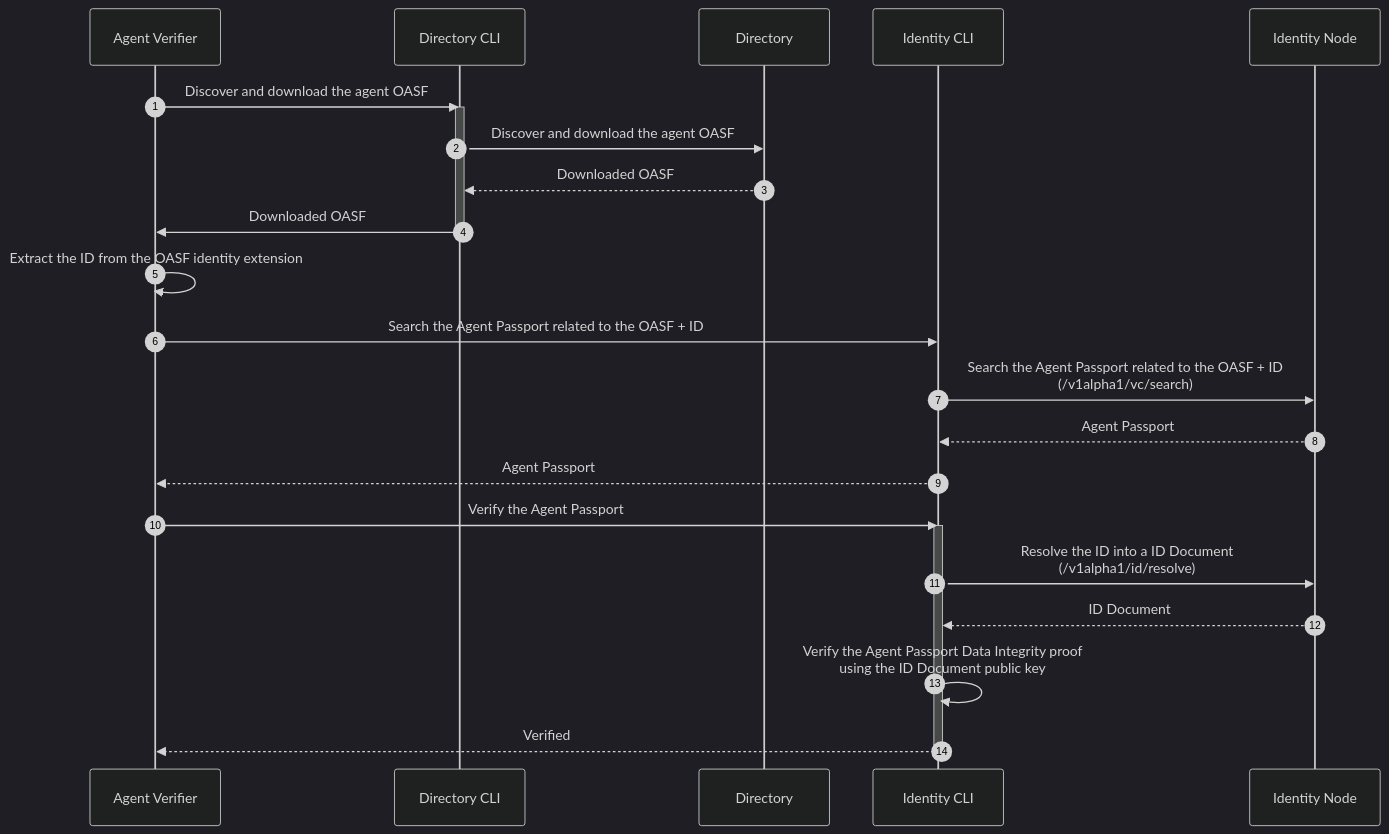
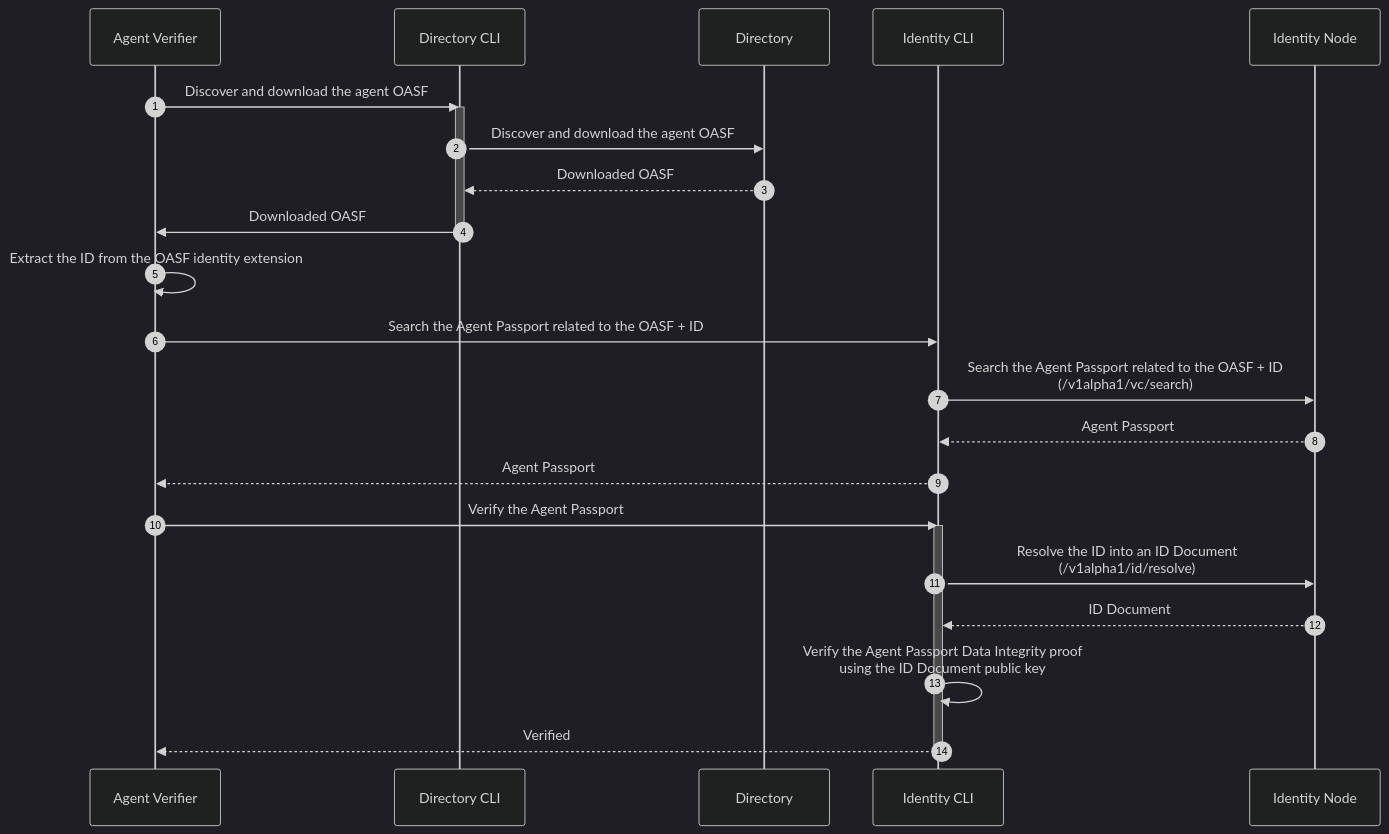
One commit to agntcy/identity-spec changed the fourth of 4 diagrams in docs-src/docs/specs/flows/agntcy.md. Above: the diagram before and after it, drawn with Mermaid (dark theme). The commit also changed other lines of this file, not shown here.

Commit message:
feat: updated create flow

````diff
--- a/docs-src/docs/specs/flows/agntcy.md
+++ b/docs-src/docs/specs/flows/agntcy.md
@@ -142,28 +178,28 @@
 ```mermaid
 sequenceDiagram
 autonumber
 
 % Discover + download the agent OASF
 Agent Verifier->>Directory CLI: Discover and download the agent OASF
 activate Directory CLI
 Directory CLI->>Directory: Discover and download the agent OASF
 Directory-->>Directory CLI: Downloaded OASF
 Directory CLI->>Agent Verifier: Downloaded OASF
 deactivate Directory CLI
 
 Agent Verifier->>Agent Verifier: Extract the ID from the OASF identity extension
 
 Agent Verifier->>Identity CLI: Search the Agent Passport related to the OASF + ID
 Identity CLI->>Identity Node: Search the Agent Passport related to the OASF + ID<br/>(/v1alpha1/vc/search)
 Identity Node-->>Identity CLI: Agent Passport
 Identity CLI-->>Agent Verifier: Agent Passport
 
 % Find and verify the Agent Passport
 Agent Verifier->>Identity CLI: Verify the Agent Passport
 activate Identity CLI
-Identity CLI->>Identity Node: Resolve the ID into a ID Document<br/>(/v1alpha1/id/resolve)
+Identity CLI->>Identity Node: Resolve the ID into an ID Document<br/>(/v1alpha1/id/resolve)
 Identity Node-->>Identity CLI: ID Document
 Identity CLI->>Identity CLI: Verify the Agent Passport Data Integrity proof<br/>using the ID Document public key
 Identity CLI-->>Agent Verifier: Verified
 deactivate Identity CLI
 ```
````
